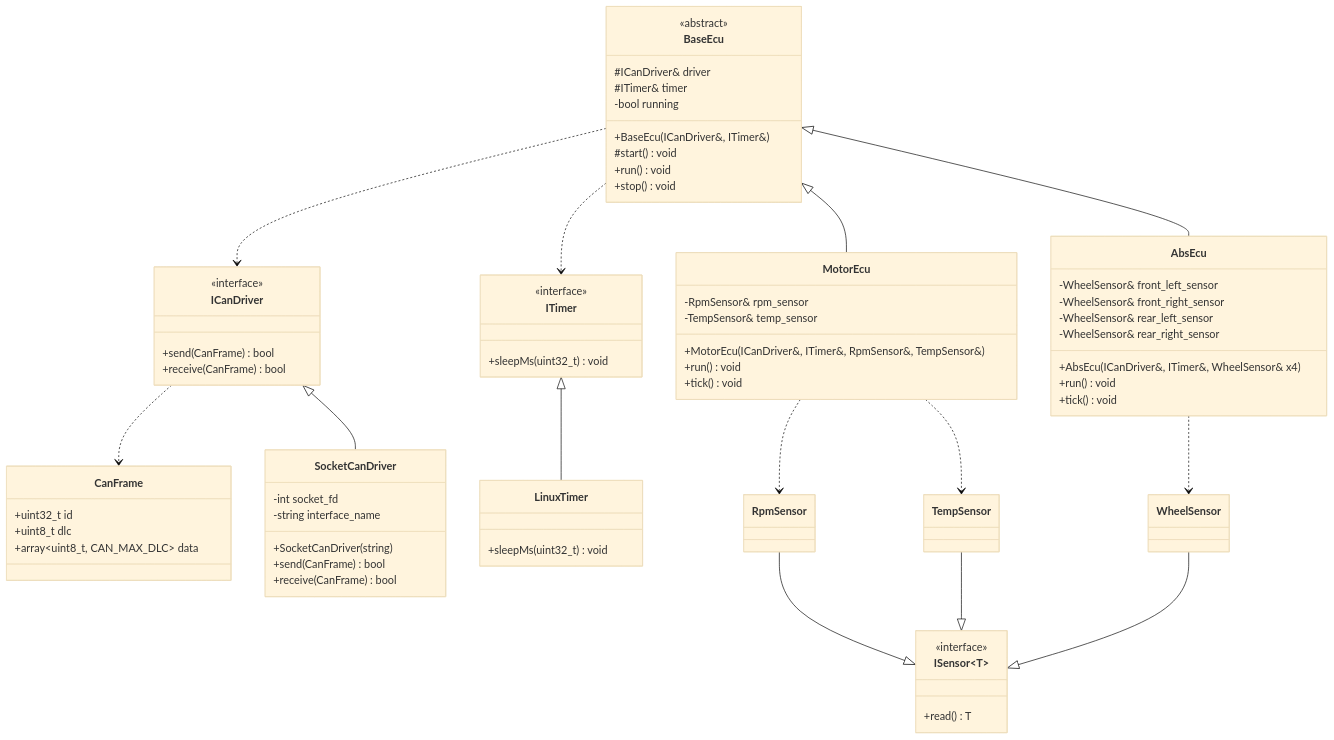
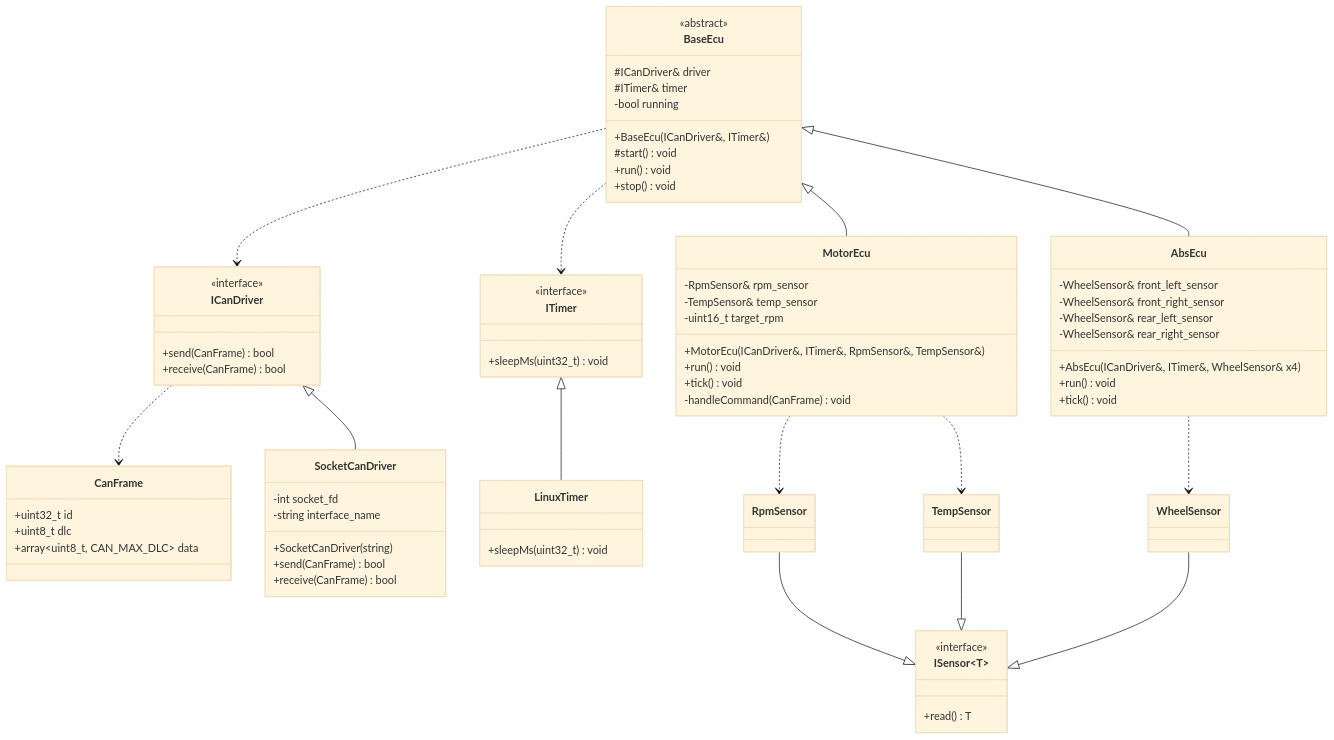
Before and after one commit to brahimab8/vcan-sim: the first of 2 diagrams in docs/architecture.md, drawn with Mermaid (base theme). The commit also changed other lines of this file and 3 other files, not shown here.

```diff
--- a/docs/architecture.md
+++ b/docs/architecture.md
@@ -69,9 +73,11 @@
     class MotorEcu {
         -RpmSensor& rpm_sensor
         -TempSensor& temp_sensor
+        -uint16_t target_rpm
         +MotorEcu(ICanDriver&, ITimer&, RpmSensor&, TempSensor&)
         +run() void
         +tick() void
+        -handleCommand(CanFrame) void
     }
 
     class AbsEcu {
@@ -91,7 +97,7 @@
     RpmSensor --|> ISensor
     TempSensor --|> ISensor
     WheelSensor --|> ISensor
-    
+
     BaseEcu <|-- MotorEcu
     BaseEcu <|-- AbsEcu
     BaseEcu ..> ICanDriver
```
